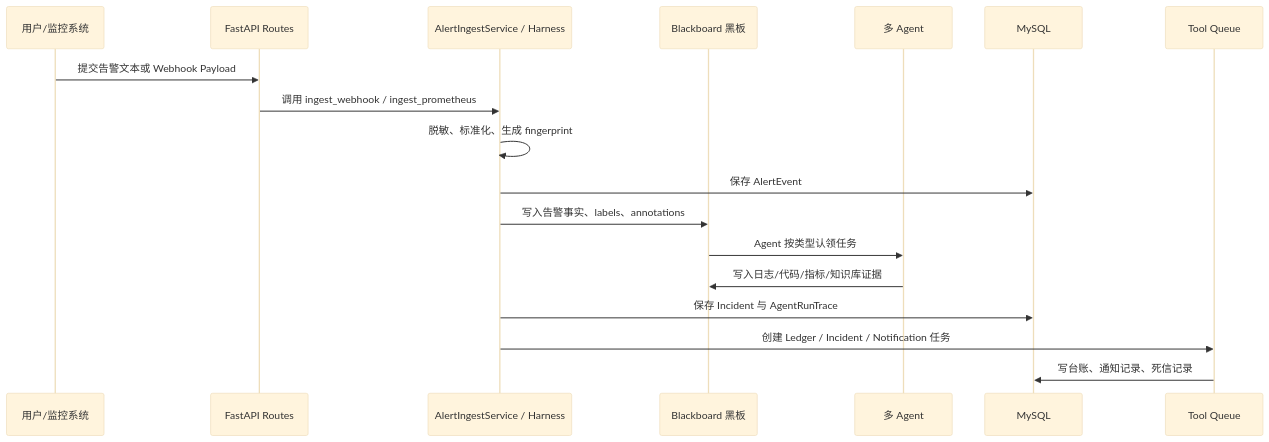
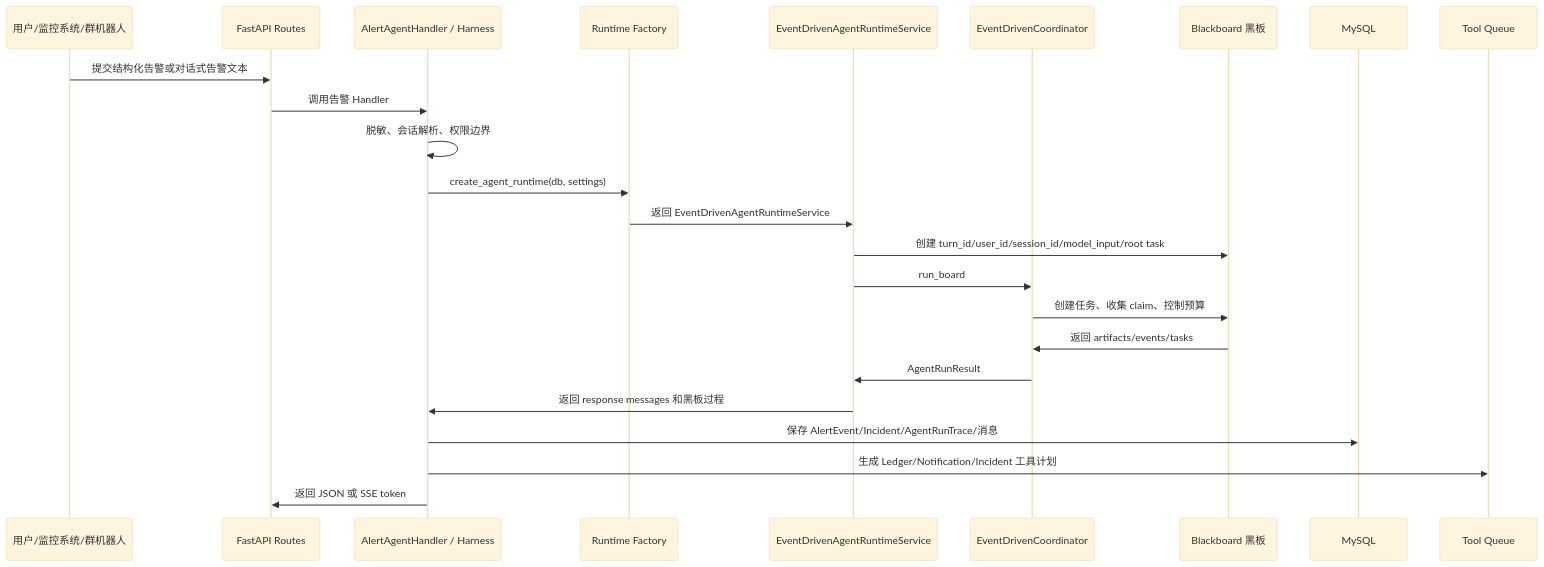
Before and after one commit to adandd-byte/EvoHarnessAlert: the third of 4 diagrams in README.md, drawn with Mermaid (base theme). The commit also changed other lines of this file and 7 other files, not shown here.

Commit message:
Implement event driven runtime factory

````diff
--- a/README.md
+++ b/README.md
@@ -383,21 +427,27 @@
 ```mermaid
 sequenceDiagram
-    participant U as 用户/监控系统
+    participant U as 用户/监控系统/群机器人
     participant API as FastAPI Routes
-    participant H as AlertIngestService / Harness
+    participant H as AlertAgentHandler / Harness
+    participant F as Runtime Factory
+    participant R as EventDrivenAgentRuntimeService
+    participant C as EventDrivenCoordinator
     participant BB as Blackboard 黑板
-    participant A as 多 Agent
     participant DB as MySQL
     participant Q as Tool Queue
 
-    U->>API: 提交告警文本或 Webhook Payload
-    API->>H: 调用 ingest_webhook / ingest_prometheus
-    H->>H: 脱敏、标准化、生成 fingerprint
-    H->>DB: 保存 AlertEvent
-    H->>BB: 写入告警事实、labels、annotations
-    BB->>A: Agent 按类型认领任务
-    A->>BB: 写入日志/代码/指标/知识库证据
-    H->>DB: 保存 Incident 与 AgentRunTrace
-    H->>Q: 创建 Ledger / Incident / Notification 任务
-    Q->>DB: 写台账、通知记录、死信记录
+    U->>API: 提交结构化告警或对话式告警文本
+    API->>H: 调用告警 Handler
+    H->>H: 脱敏、会话解析、权限边界
+    H->>F: create_agent_runtime(db, settings)
+    F->>R: 返回 EventDrivenAgentRuntimeService
+    R->>BB: 创建 turn_id/user_id/session_id/model_input/root task
+    R->>C: run_board
+    C->>BB: 创建任务、收集 claim、控制预算
+    BB->>C: 返回 artifacts/events/tasks
+    C->>R: AgentRunResult
+    R->>H: 返回 response messages 和黑板过程
+    H->>DB: 保存 AlertEvent/Incident/AgentRunTrace/消息
+    H->>Q: 生成 Ledger/Notification/Incident 工具计划
+    H->>API: 返回 JSON 或 SSE token
 ```
````
